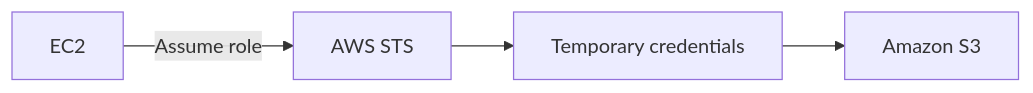
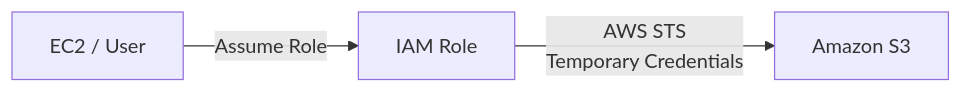
The fifth of 33 diagrams in content/posts/02.Security/aws/aws-ccp-2/index.md (noir1458/noir1458.github.io), drawn with Mermaid before and after one commit. The commit also changed other lines of this file and 5 other files, not shown here.

````diff
--- a/content/posts/02.Security/aws/aws-ccp-2/index.md
+++ b/content/posts/02.Security/aws/aws-ccp-2/index.md
@@ -131,6 +233,5 @@
 ```mermaid
 flowchart LR
-    E[EC2] -->|Assume role| STS[AWS STS]
-    STS --> T[Temporary credentials]
-    T --> S3[Amazon S3]
+    EC2[EC2 / User] -->|Assume Role| R[IAM Role]
+    R -->|AWS STS<br/>Temporary Credentials| S3[Amazon S3]
 ```
````
